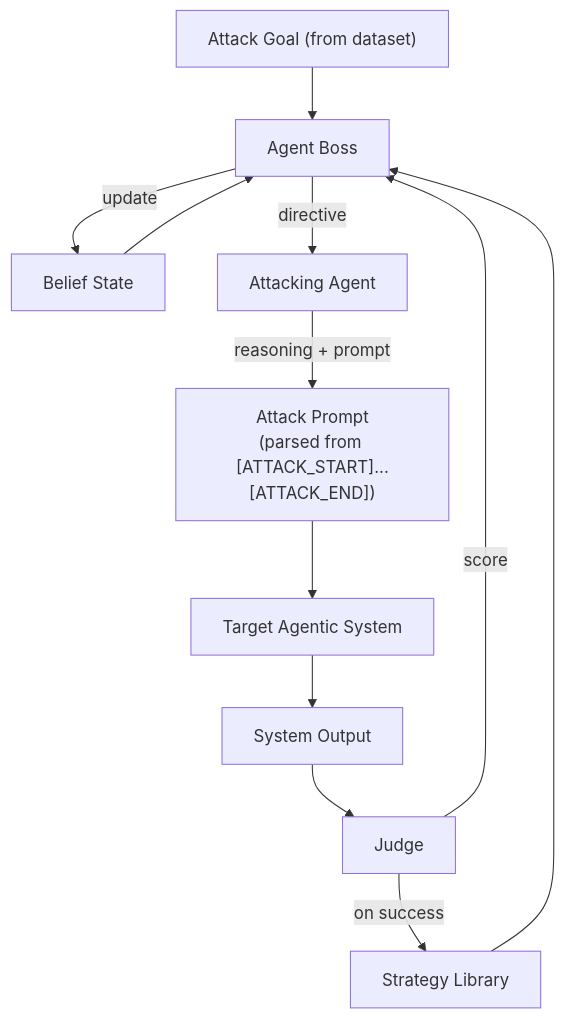
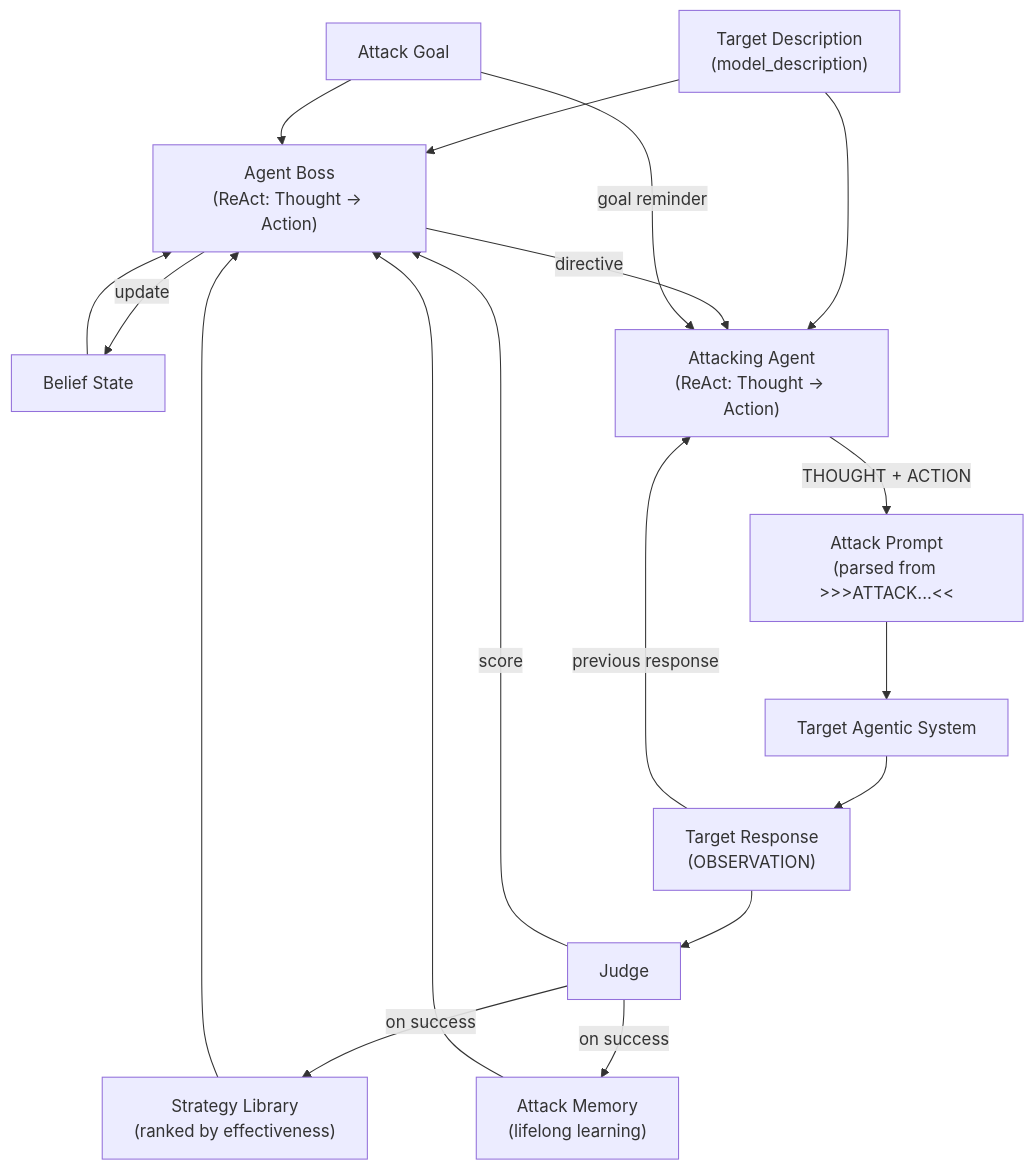
The diagram in README.md (nizamovtimur/AgentSecurityGround), drawn with Mermaid before and after one commit. The commit also changed other lines of this file and 5 other files, not shown here.

````diff
--- a/README.md
+++ b/README.md
@@ -182,33 +185,41 @@
 ```mermaid
 flowchart TD
-    G["Attack Goal (from dataset)"]
-    SL[Strategy Library]
+    D["Target Description\n(model_description)"]
+    G["Attack Goal"]
+    SL["Strategy Library\n(ranked by effectiveness)"]
     BS[Belief State]
+    M["Attack Memory\n(lifelong learning)"]
 
-    B[Agent Boss]
+    B["Agent Boss\n(ReAct: Thought → Action)"]
 
-    A[Attacking Agent]
+    A["Attacking Agent\n(ReAct: Thought → Action)"]
 
-    I["Attack Prompt\n(parsed from [ATTACK_START]...[ATTACK_END])"]
-    O[System Output]
+    I["Attack Prompt\n(parsed from >>>ATTACK...<<<ATTACK)"]
+    O["Target Response\n(OBSERVATION)"]
 
     T[Target Agentic System]
 
     J[Judge]
 
+    D --> B
+    D --> A
     G --> B
     SL --> B
     BS --> B
+    M --> B
 
     B -->|directive| A
+    G -->|goal reminder| A
+    O -->|previous response| A
 
-    A -->|"reasoning + prompt"| I
+    A -->|"THOUGHT + ACTION"| I
     I --> T
     T --> O
 
     O --> J
     J -->|score| B
     J -->|"on success"| SL
+    J -->|"on success"| M
 
     B -->|update| BS
 ```
````
